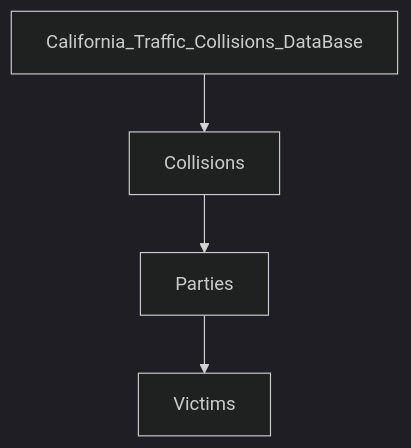
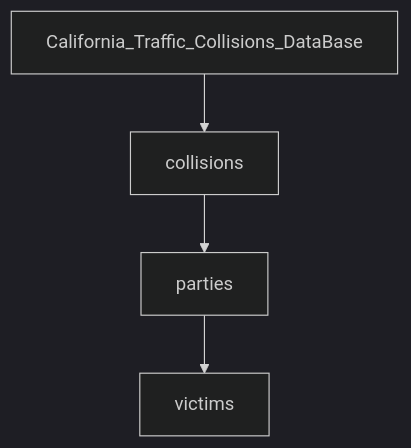
Before and after one commit to marcgym2/RDBMS: the diagram in Tarea1.md, drawn with Mermaid (dark theme). The commit also changed other lines of this file, not shown here.

````diff
--- a/Tarea1.md
+++ b/Tarea1.md
@@ -24,9 +24,9 @@
 ```mermaid
 graph TD;
     
-    California_Traffic_Collisions_DataBase-->Collisions;
-    Parties-->Victims;
-    Collisions-->Parties;
+    California_Traffic_Collisions_DataBase-->collisions;
+    parties-->victims;
+    collisions-->parties;
     
 
 ```
````
